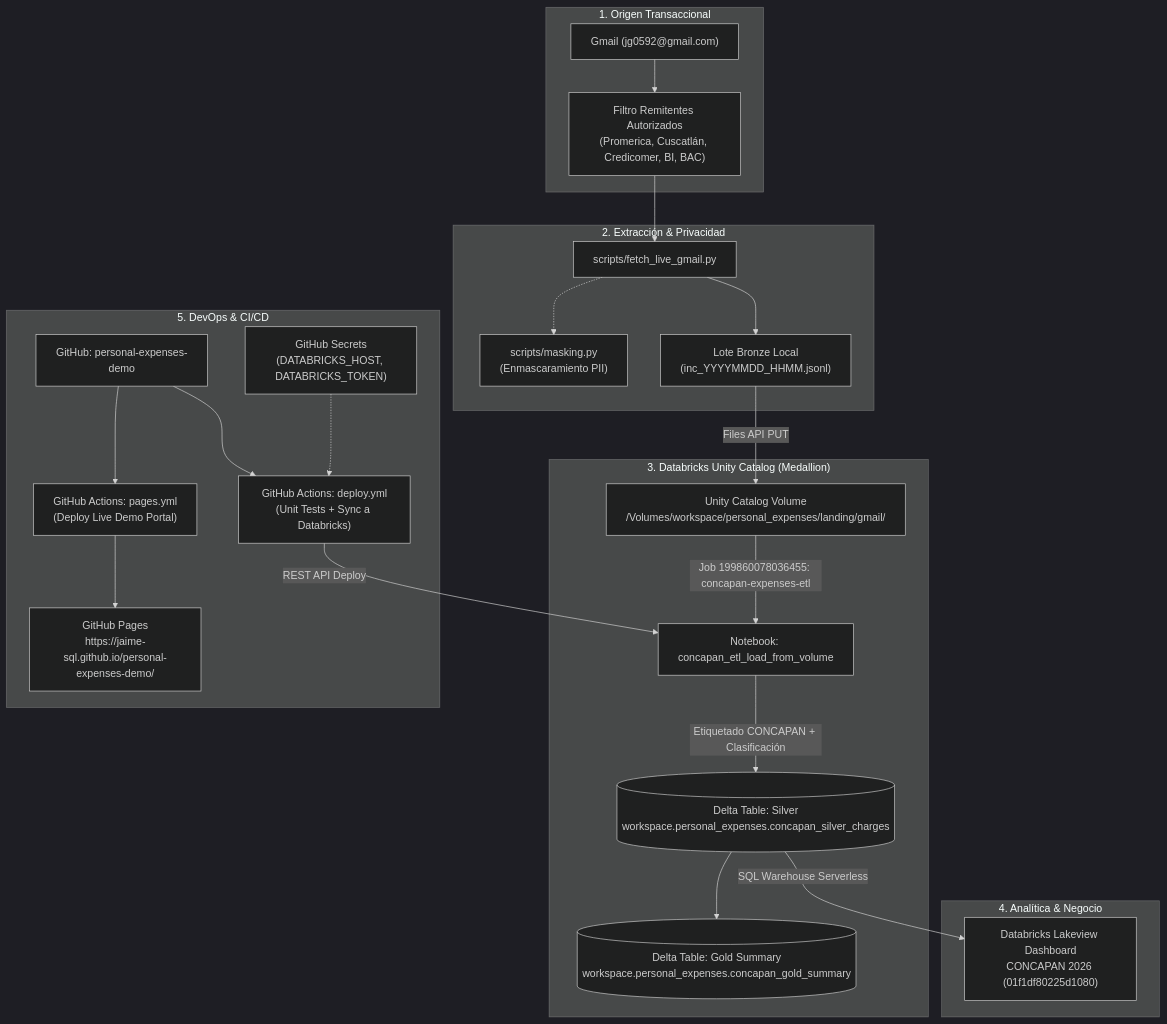
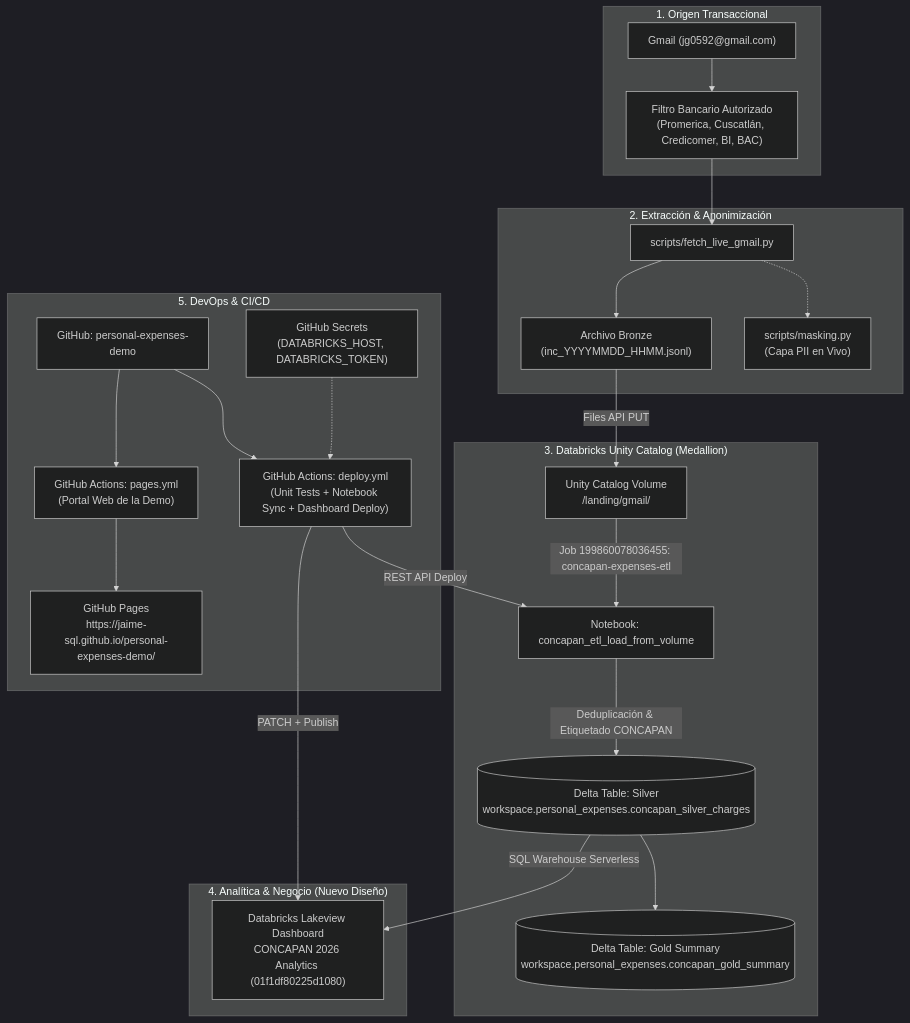
One commit to jaime-sql/personal-expenses-demo changed the diagram in PLAYBOOK.md. Above: the diagram before and after it, drawn with Mermaid (dark theme). The commit also changed other lines of this file, not shown here.

Commit message:
docs: add real implementation timeline and execution benchmarks to PLAYBOOK

````diff
--- a/PLAYBOOK.md
+++ b/PLAYBOOK.md
@@ -9,38 +28,39 @@
 ```mermaid
 flowchart TD
     subgraph S1["1. Origen Transaccional"]
         G["Gmail (jg0592@gmail.com)"]
-        F["Filtro Remitentes Autorizados<br/>(Promerica, Cuscatlán, Credicomer, BI, BAC)"]
+        F["Filtro Bancario Autorizado<br/>(Promerica, Cuscatlán, Credicomer, BI, BAC)"]
         G --> F
     end
 
-    subgraph S2["2. Extracción & Privacidad"]
+    subgraph S2["2. Extracción & Anonimización"]
         F --> P["scripts/fetch_live_gmail.py"]
-        M["scripts/masking.py<br/>(Enmascaramiento PII)"]
+        M["scripts/masking.py<br/>(Capa PII en Vivo)"]
         P -.-> M
-        P --> B_FILE["Lote Bronze Local<br/>(inc_YYYYMMDD_HHMM.jsonl)"]
+        P --> B_FILE["Archivo Bronze<br/>(inc_YYYYMMDD_HHMM.jsonl)"]
     end
 
     subgraph S3["3. Databricks Unity Catalog (Medallion)"]
-        B_FILE -->|Files API PUT| V["Unity Catalog Volume<br/>/Volumes/workspace/personal_expenses/landing/gmail/"]
+        B_FILE -->|Files API PUT| V["Unity Catalog Volume<br/>/landing/gmail/"]
         V -->|Job 199860078036455: concapan-expenses-etl| NB["Notebook: concapan_etl_load_from_volume"]
-        NB -->|Etiquetado CONCAPAN + Clasificación| S_TBL[("Delta Table: Silver<br/>workspace.personal_expenses.concapan_silver_charges")]
+        NB -->|Deduplicación & Etiquetado CONCAPAN| S_TBL[("Delta Table: Silver<br/>workspace.personal_expenses.concapan_silver_charges")]
         S_TBL --> G_TBL[("Delta Table: Gold Summary<br/>workspace.personal_expenses.concapan_gold_summary")]
     end
 
-    subgraph S4["4. Analítica & Negocio"]
-        S_TBL -->|SQL Warehouse Serverless| DASH["Databricks Lakeview Dashboard<br/>CONCAPAN 2026 (01f1df80225d1080)"]
+    subgraph S4["4. Analítica & Negocio (Nuevo Diseño)"]
+        S_TBL -->|SQL Warehouse Serverless| DASH["Databricks Lakeview Dashboard<br/>CONCAPAN 2026 Analytics (01f1df80225d1080)"]
     end
 
     subgraph S5["5. DevOps & CI/CD"]
         REPO["GitHub: personal-expenses-demo"]
         SEC["GitHub Secrets<br/>(DATABRICKS_HOST, DATABRICKS_TOKEN)"]
-        GA1["GitHub Actions: deploy.yml<br/>(Unit Tests + Sync a Databricks)"]
-        GA2["GitHub Actions: pages.yml<br/>(Deploy Live Demo Portal)"]
+        GA1["GitHub Actions: deploy.yml<br/>(Unit Tests + Notebook Sync + Dashboard Deploy)"]
+        GA2["GitHub Actions: pages.yml<br/>(Portal Web de la Demo)"]
         REPO --> GA1
         REPO --> GA2
         SEC -.-> GA1
         GA1 -->|REST API Deploy| NB
+        GA1 -->|PATCH + Publish| DASH
         GA2 --> WEB["GitHub Pages<br/>https://jaime-sql.github.io/personal-expenses-demo/"]
     end
 ```
````
